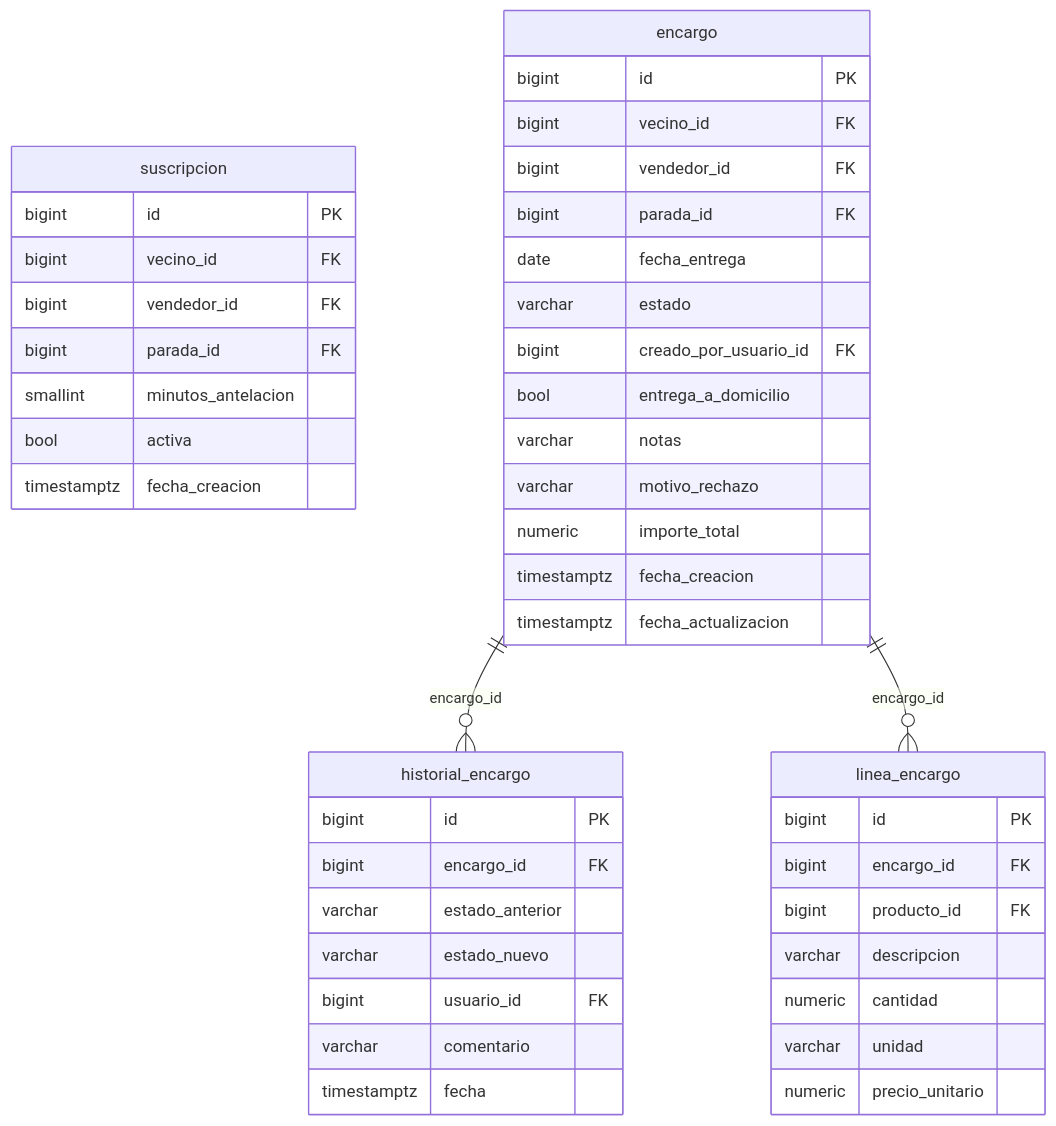
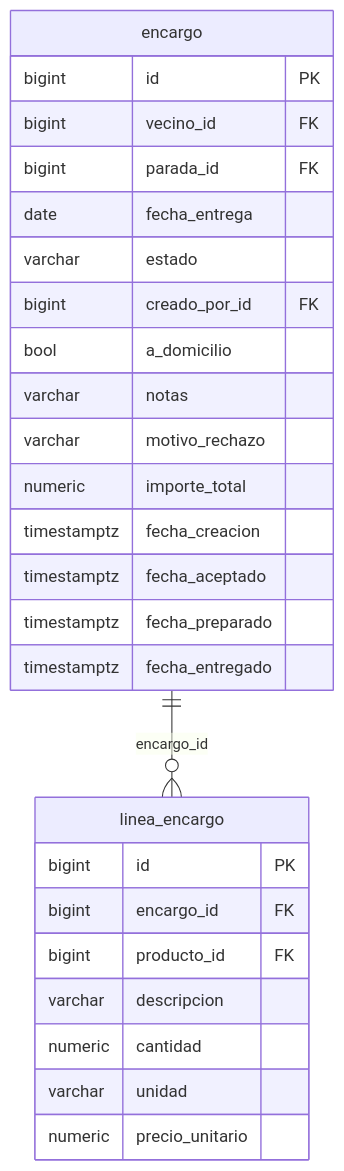
The fourth of 5 diagrams in docs/base-de-datos/diagramas.md (JavierSanzdelCerro/TFG_CLAXON), drawn with Mermaid before and after one commit. The commit also changed other lines of this file and 39 other files, not shown here.

````diff
--- a/docs/base-de-datos/diagramas.md
+++ b/docs/base-de-datos/diagramas.md
@@ -321,47 +136,29 @@
 ```mermaid
 erDiagram
-    suscripcion {
-        bigint id PK
-        bigint vecino_id FK
-        bigint vendedor_id FK
-        bigint parada_id FK
-        smallint minutos_antelacion
-        bool activa
-        timestamptz fecha_creacion
-    }
     encargo {
         bigint id PK
         bigint vecino_id FK
-        bigint vendedor_id FK
         bigint parada_id FK
         date fecha_entrega
         varchar estado
-        bigint creado_por_usuario_id FK
-        bool entrega_a_domicilio
+        bigint creado_por_id FK
+        bool a_domicilio
         varchar notas
         varchar motivo_rechazo
         numeric importe_total
         timestamptz fecha_creacion
-        timestamptz fecha_actualizacion
+        timestamptz fecha_aceptado
+        timestamptz fecha_preparado
+        timestamptz fecha_entregado
     }
     linea_encargo {
         bigint id PK
         bigint encargo_id FK
         bigint producto_id FK
         varchar descripcion
         numeric cantidad
         varchar unidad
         numeric precio_unitario
     }
-    historial_encargo {
-        bigint id PK
-        bigint encargo_id FK
-        varchar estado_anterior
-        varchar estado_nuevo
-        bigint usuario_id FK
-        varchar comentario
-        timestamptz fecha
-    }
-    encargo ||--o{ historial_encargo : "encargo_id"
     encargo ||--o{ linea_encargo : "encargo_id"
 ```
````
